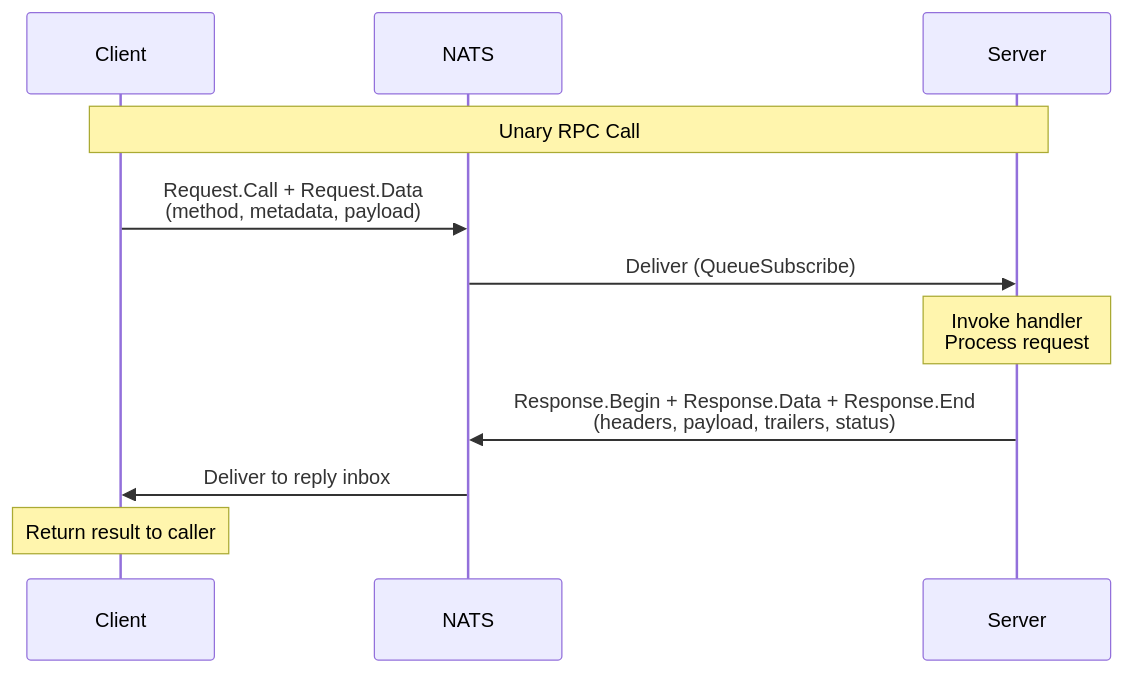
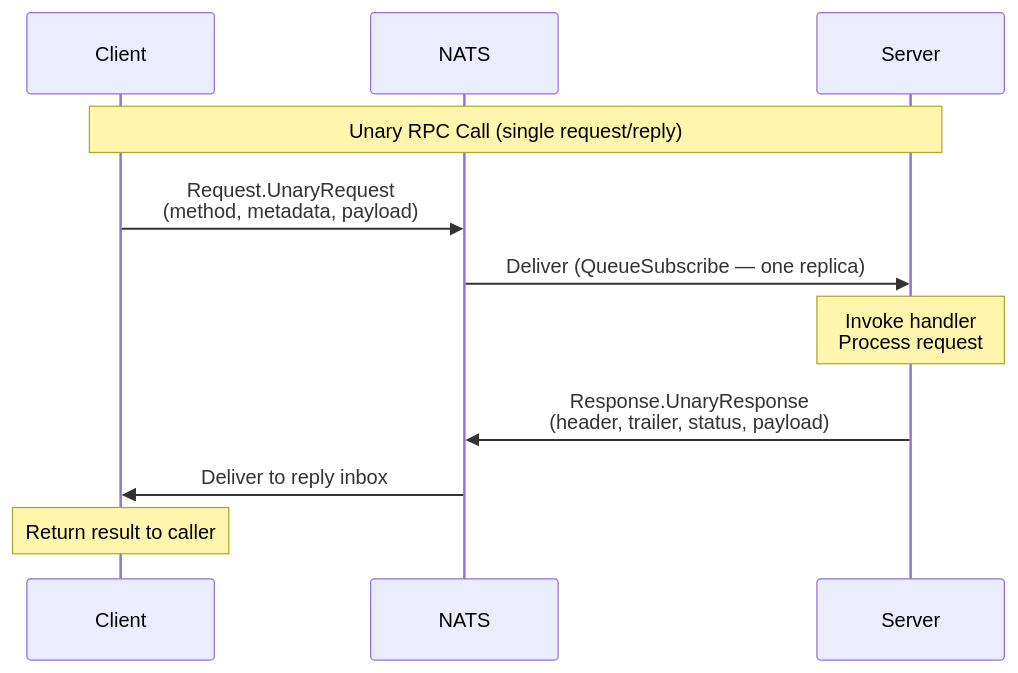
One commit to dengliu/nats-grpc changed the third of 7 diagrams in README.md. Above: the diagram before and after it, drawn with Mermaid. The commit also changed other lines of this file, not shown here.

First line of the commit message:
Update README for Option 2 unary RPC and current heartbeat behavior

````diff
--- a/README.md
+++ b/README.md
@@ -131,15 +141,15 @@
 ```mermaid
 sequenceDiagram
     participant Client
     participant NATS
     participant Server
 
-    Note over Client,Server: Unary RPC Call
-    
-    Client->>NATS: Request.Call + Request.Data<br/>(method, metadata, payload)
-    NATS->>Server: Deliver (QueueSubscribe)
+    Note over Client,Server: Unary RPC Call (single request/reply)
+
+    Client->>NATS: Request.UnaryRequest<br/>(method, metadata, payload)
+    NATS->>Server: Deliver (QueueSubscribe — one replica)
     Note over Server: Invoke handler<br/>Process request
-    Server->>NATS: Response.Begin + Response.Data + Response.End<br/>(headers, payload, trailers, status)
+    Server->>NATS: Response.UnaryResponse<br/>(header, trailer, status, payload)
     NATS->>Client: Deliver to reply inbox
     Note over Client: Return result to caller
 ```
````
